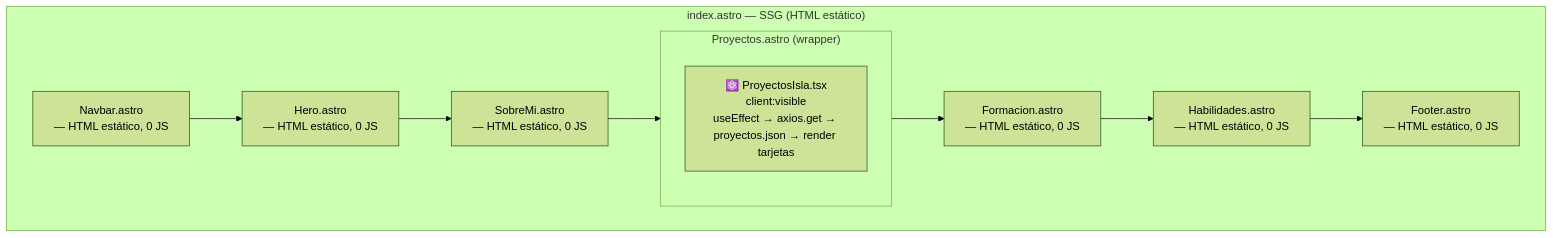
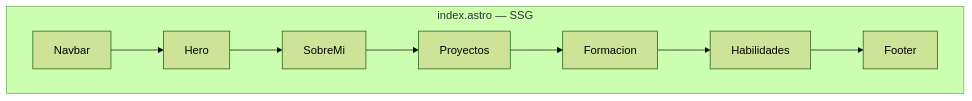
One commit to Edahi98/PortafolioShowCase changed the diagram in README.md. Above: the diagram before and after it, drawn with Mermaid (forest theme). The commit also changed other lines of this file, not shown here.

````diff
--- a/README.md
+++ b/README.md
@@ -39,16 +34,11 @@
 ```mermaid
 graph TD
-    subgraph SSG["index.astro — SSG (HTML estático)"]
-        Navbar["Navbar.astro\n— HTML estático, 0 JS"]
-        Hero["Hero.astro\n— HTML estático, 0 JS"]
-        SobreMi["SobreMi.astro\n— HTML estático, 0 JS"]
-        subgraph Wrapper["Proyectos.astro (wrapper)"]
-            Isla["⚛️ ProyectosIsla.tsx\nclient:visible\nuseEffect → axios.get → proyectos.json → render tarjetas"]
-        end
-        Formacion["Formacion.astro\n— HTML estático, 0 JS"]
-        Habilidades["Habilidades.astro\n— HTML estático, 0 JS"]
-        Footer["Footer.astro\n— HTML estático, 0 JS"]
+    subgraph Home["index.astro — SSG"]
+        Navbar --> Hero
+        Hero --> SobreMi
+        SobreMi --> Proyectos
+        Proyectos --> Formacion
+        Formacion --> Habilidades
+        Habilidades --> Footer
     end
-
-    Navbar --> Hero --> SobreMi --> Wrapper --> Formacion --> Habilidades --> Footer
 ```
````
